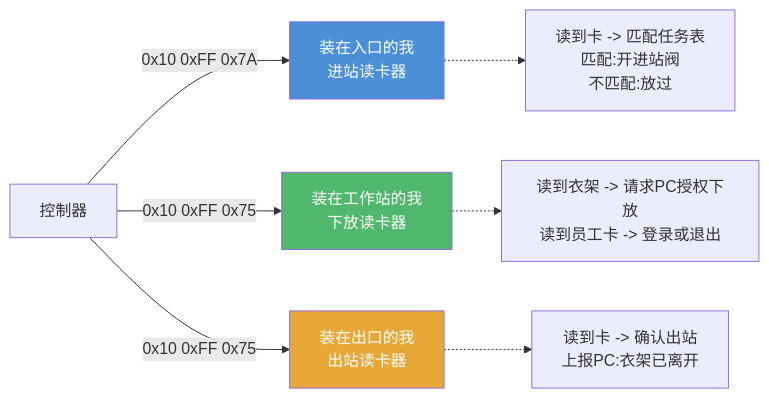
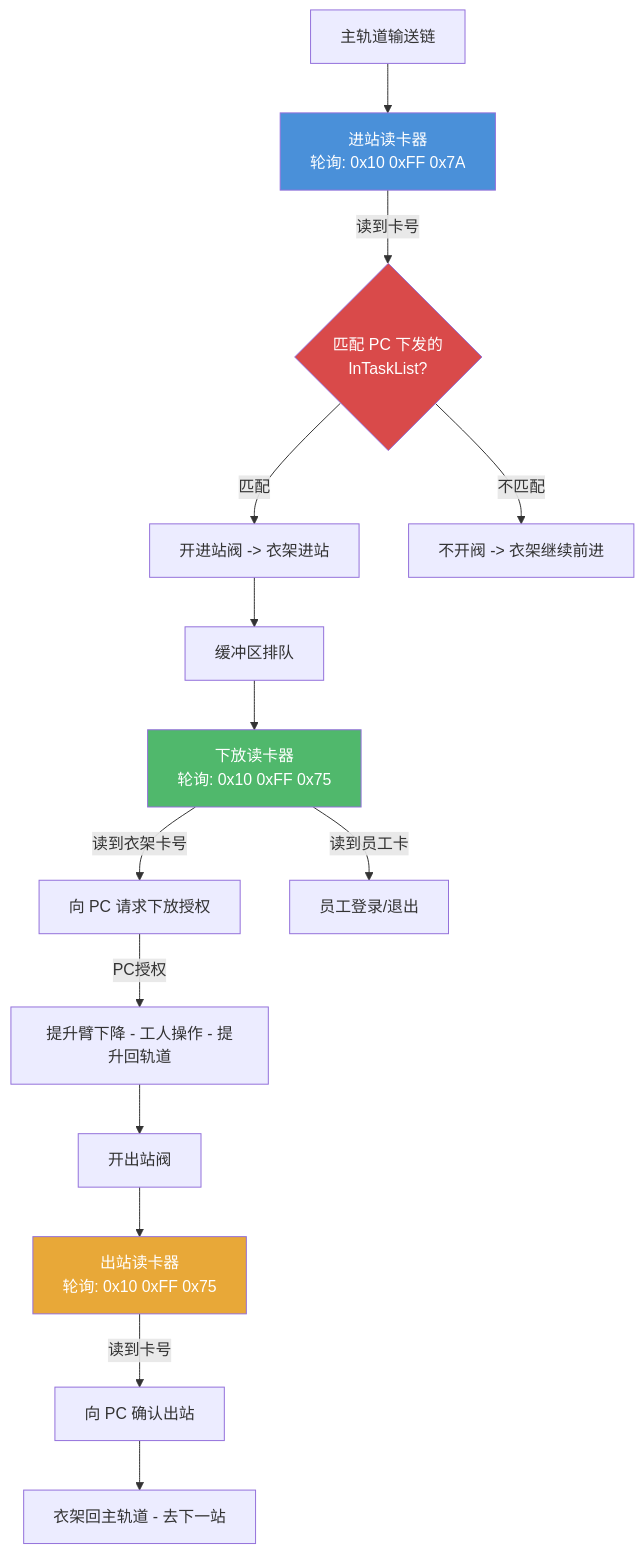
One commit to Siaiai/ObsidianNote changed diagram 13 of 17 in 工作/SR3读卡器/260802SR3读卡器需求.md. Above: the diagram before and after it, drawn with Mermaid. The commit also changed other lines of this file, not shown here.

````diff
--- a/工作/SR3读卡器/260802SR3读卡器需求.md
+++ b/工作/SR3读卡器/260802SR3读卡器需求.md
@@ -376,14 +687,23 @@
 ```mermaid
-flowchart LR
-    Ctrl[控制器] -->|0x10 0xFF 0x7A| InReader[装在入口的我<br/>进站读卡器]
-    Ctrl -->|0x10 0xFF 0x75| StoreReader[装在工作站的我<br/>下放读卡器]
-    Ctrl -->|0x10 0xFF 0x75| OutReader[装在出口的我<br/>出站读卡器]
+flowchart TD
+    Rail["主轨道输送链"] --> EntryReader["进站读卡器<br/>轮询: 0x10 0xFF 0x7A"]
+    EntryReader -->|"读到卡号"| Match{"匹配 PC 下发的<br/>InTaskList?"}
+    Match -->|"匹配"| InValve["开进站阀 -> 衣架进站"]
+    Match -->|"不匹配"| RailContinue["不开阀 -> 衣架继续前进"]
 
-    InReader -.-> InAction[读到卡 -> 匹配任务表<br/>匹配:开进站阀<br/>不匹配:放过]
-    StoreReader -.-> StoreAction[读到衣架 -> 请求PC授权下放<br/>读到员工卡 -> 登录或退出]
-    OutReader -.-> OutAction[读到卡 -> 确认出站<br/>上报PC:衣架已离开]
+    InValve --> Buffer["缓冲区排队"]
+    Buffer --> StoreReader["下放读卡器<br/>轮询: 0x10 0xFF 0x75"]
+    StoreReader -->|"读到衣架卡号"| ReqAuth["向 PC 请求下放授权"]
+    StoreReader -->|"读到员工卡"| EmpLogin["员工登录/退出"]
+    ReqAuth -->|"PC授权"| Lift["提升臂下降 - 工人操作 - 提升回轨道"]
 
-    style InReader fill:#4A90D9,color:#fff
+    Lift --> OutValve["开出站阀"]
+    OutValve --> OutReader["出站读卡器<br/>轮询: 0x10 0xFF 0x75"]
+    OutReader -->|"读到卡号"| RptOut["向 PC 确认出站"]
+    RptOut --> RailReturn["衣架回主轨道 - 去下一站"]
+
+    style EntryReader fill:#4A90D9,color:#fff
     style StoreReader fill:#50B86C,color:#fff
     style OutReader fill:#E8A838,color:#fff
+    style Match fill:#D94A4A,color:#fff
 ```
````
